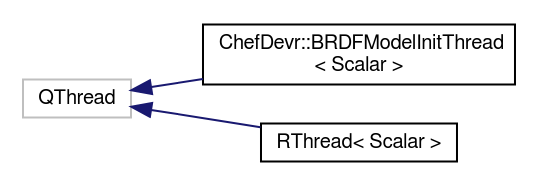
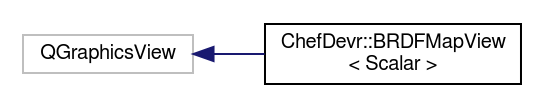
The diagram in docs/inherit_graph_4.dot (bsella/brdf), drawn with Graphviz before and after one commit. The commit also changed 80 other files, not shown here.

```diff
--- a/docs/inherit_graph_4.dot
+++ b/docs/inherit_graph_4.dot
@@ -1,12 +1,10 @@
 digraph "Graphical Class Hierarchy"
 {
  // LATEX_PDF_SIZE
   edge [fontname="FreeSans",fontsize="10",labelfontname="FreeSans",labelfontsize="10"];
   node [fontname="FreeSans",fontsize="10",shape=record];
   rankdir="LR";
-  Node6 [label="QThread",height=0.2,width=0.4,color="grey75", fillcolor="white", style="filled",tooltip=" "];
-  Node6 -> Node0 [dir="back",color="midnightblue",fontsize="10",style="solid",fontname="FreeSans"];
-  Node0 [label="ChefDevr::BRDFModelInitThread\l\< Scalar \>",height=0.2,width=0.4,color="black", fillcolor="white", style="filled",URL="$class_chef_devr_1_1_b_r_d_f_model_init_thread.html",tooltip=" "];
-  Node6 -> Node8 [dir="back",color="midnightblue",fontsize="10",style="solid",fontname="FreeSans"];
-  Node8 [label="RThread\< Scalar \>",height=0.2,width=0.4,color="black", fillcolor="white", style="filled",URL="$class_r_thread.html",tooltip=" "];
+  Node15 [label="QGraphicsView",height=0.2,width=0.4,color="grey75", fillcolor="white", style="filled",tooltip=" "];
+  Node15 -> Node0 [dir="back",color="midnightblue",fontsize="10",style="solid",fontname="FreeSans"];
+  Node0 [label="ChefDevr::BRDFMapView\l\< Scalar \>",height=0.2,width=0.4,color="black", fillcolor="white", style="filled",URL="$class_chef_devr_1_1_b_r_d_f_map_view.html",tooltip=" "];
 }
```
